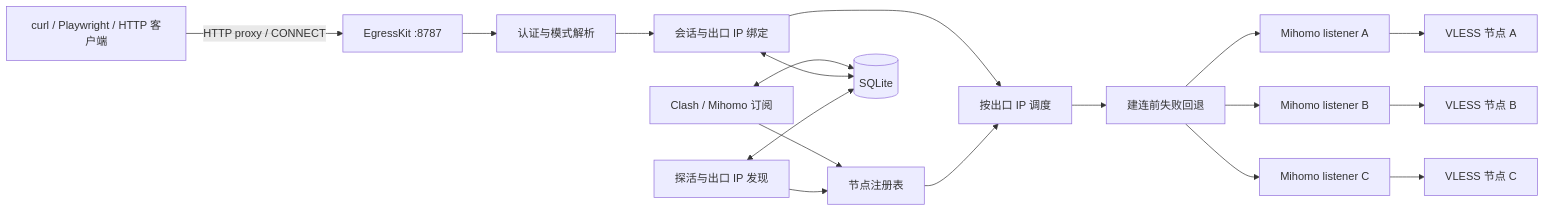
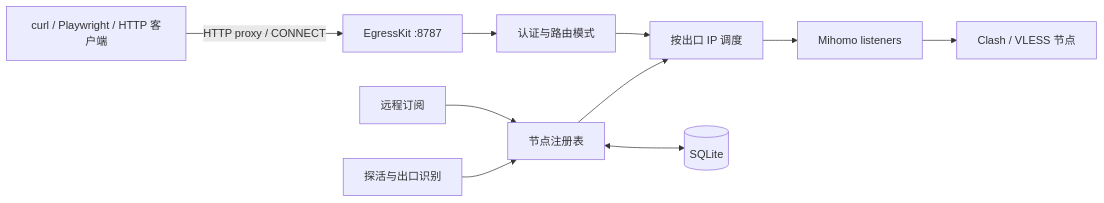
One commit to heyjunpenn/EgressKit changed the diagram in README.md. Above: the diagram before and after it, drawn with Mermaid. The commit also changed other lines of this file and 7 other files, not shown here.

````diff
--- a/README.md
+++ b/README.md
@@ -127,23 +128,12 @@
 ```mermaid
 flowchart LR
     client["curl / Playwright / HTTP 客户端"] -->|"HTTP proxy / CONNECT"| gateway["EgressKit :8787"]
-    gateway --> auth["认证与模式解析"]
-    auth --> sessions["会话与出口 IP 绑定"]
-    sessions --> scheduler["按出口 IP 调度"]
-    scheduler --> fallback["建连前失败回退"]
-
-    subscriptions["Clash / Mihomo 订阅"] --> registry["节点注册表"]
-    health["探活与出口 IP 发现"] --> registry
+    gateway --> auth["认证与路由模式"]
+    auth --> scheduler["按出口 IP 调度"]
+    scheduler --> listeners["Mihomo listeners"]
+    listeners --> nodes["Clash / VLESS 节点"]
+    subscriptions["远程订阅"] --> registry["节点注册表"]
+    health["探活与出口识别"] --> registry
     registry --> scheduler
-    sqlite[("SQLite")]
-    subscriptions <--> sqlite
-    sessions <--> sqlite
-    health <--> sqlite
-
-    fallback --> listenerA["Mihomo listener A"]
-    fallback --> listenerB["Mihomo listener B"]
-    fallback --> listenerC["Mihomo listener C"]
-    listenerA --> vlessA["VLESS 节点 A"]
-    listenerB --> vlessB["VLESS 节点 B"]
-    listenerC --> vlessC["VLESS 节点 C"]
+    registry <--> sqlite[("SQLite")]
 ```
````
